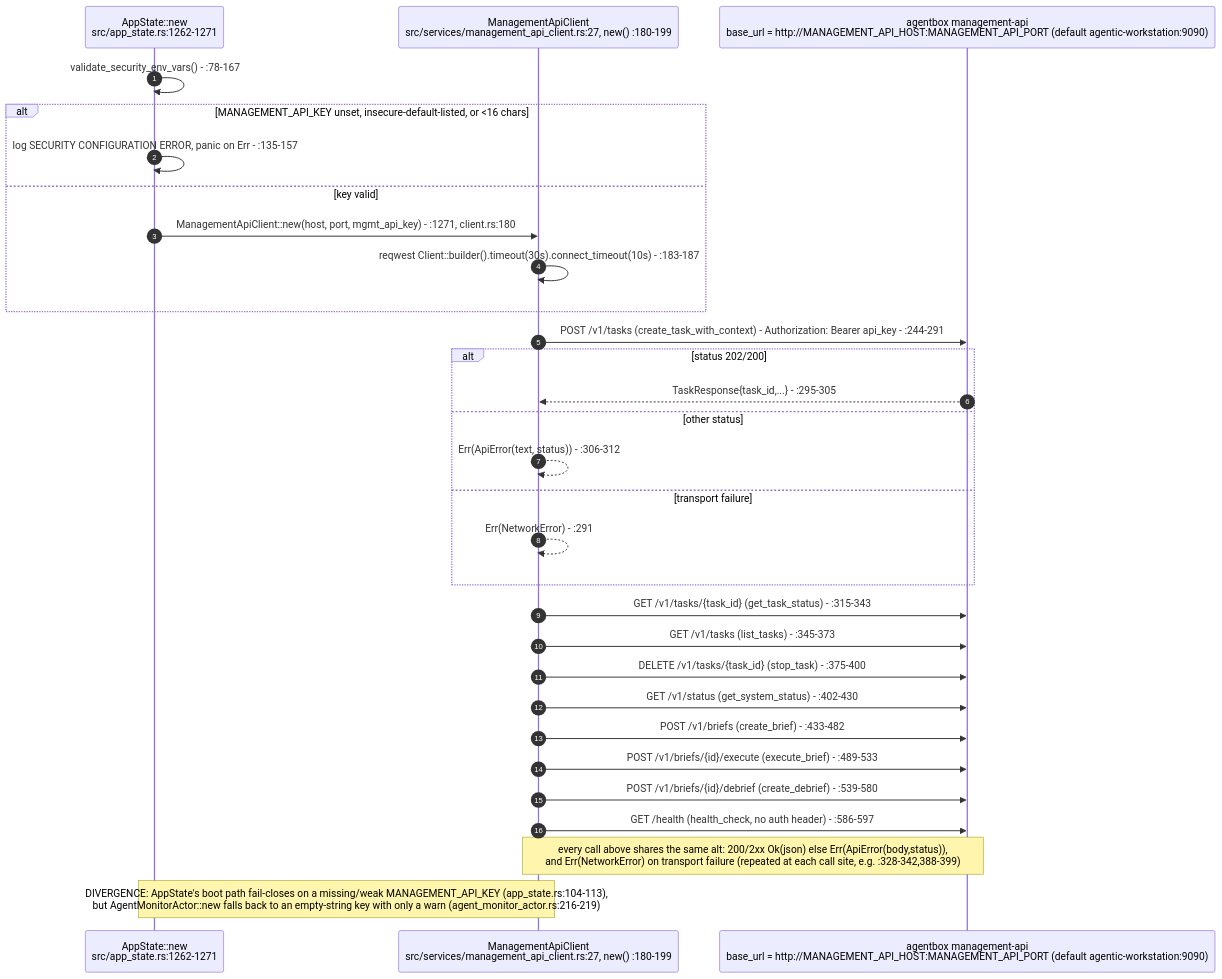
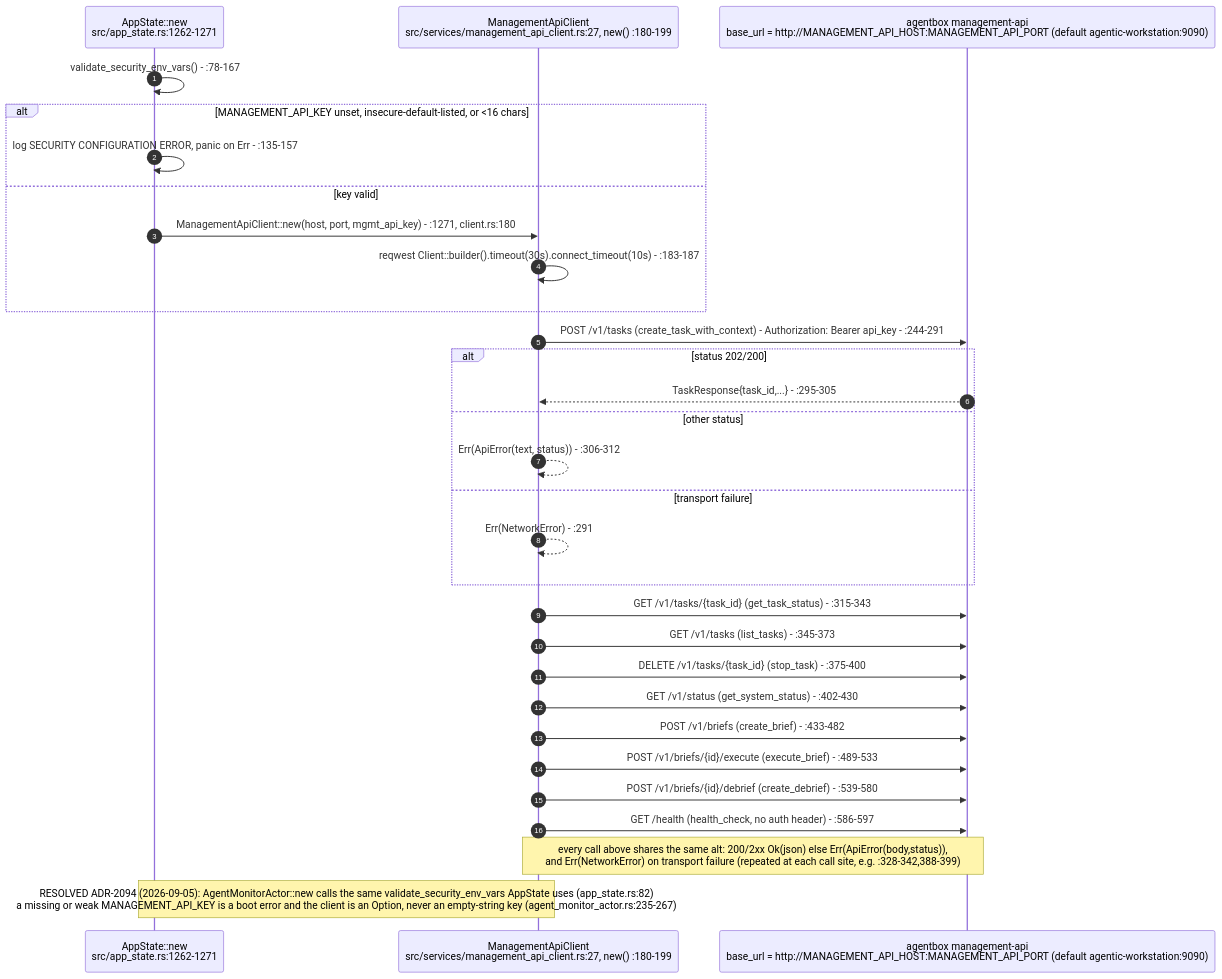
Before and after one commit to DreamLab-AI/AR-AI-Knowledge-Graph: the ninth of 13 diagrams in docs/diagrams/visionclaw/27-agent-integration-mcp-relay.md, drawn with Mermaid. The commit also changed other lines of this file and 172 other files, not shown here.

````diff
--- a/docs/diagrams/visionclaw/27-agent-integration-mcp-relay.md
+++ b/docs/diagrams/visionclaw/27-agent-integration-mcp-relay.md
@@ -402,35 +403,35 @@
 ```mermaid
 sequenceDiagram
     autonumber
     participant Boot as AppState::new<br/>src/app_state.rs:1262-1271
     participant MAC as ManagementApiClient<br/>src/services/management_api_client.rs:27, new() :180-199
     participant API as agentbox management-api<br/>base_url = http://MANAGEMENT_API_HOST:MANAGEMENT_API_PORT (default agentic-workstation:9090)
 
     Boot->>Boot: validate_security_env_vars() - :78-167
     alt MANAGEMENT_API_KEY unset, insecure-default-listed, or <16 chars
         Boot->>Boot: log SECURITY CONFIGURATION ERROR, panic on Err - :135-157
     else key valid
         Boot->>MAC: ManagementApiClient::new(host, port, mgmt_api_key) - :1271, client.rs:180
         MAC->>MAC: reqwest Client::builder().timeout(30s).connect_timeout(10s) - :183-187
     end
 
     MAC->>API: POST /v1/tasks (create_task_with_context) - Authorization: Bearer api_key - :244-291
     alt status 202/200
         API-->>MAC: TaskResponse{task_id,...} - :295-305
     else other status
         MAC-->>MAC: Err(ApiError(text, status)) - :306-312
     else transport failure
         MAC-->>MAC: Err(NetworkError) - :291
     end
 
     MAC->>API: GET /v1/tasks/{task_id} (get_task_status) - :315-343
     MAC->>API: GET /v1/tasks (list_tasks) - :345-373
     MAC->>API: DELETE /v1/tasks/{task_id} (stop_task) - :375-400
     MAC->>API: GET /v1/status (get_system_status) - :402-430
     MAC->>API: POST /v1/briefs (create_brief) - :433-482
     MAC->>API: POST /v1/briefs/{id}/execute (execute_brief) - :489-533
     MAC->>API: POST /v1/briefs/{id}/debrief (create_debrief) - :539-580
     MAC->>API: GET /health (health_check, no auth header) - :586-597
     Note over MAC,API: every call above shares the same alt: 200/2xx Ok(json) else Err(ApiError(body,status)),<br/>and Err(NetworkError) on transport failure (repeated at each call site, e.g. :328-342,388-399)
-    Note over Boot,MAC: DIVERGENCE: AppState's boot path fail-closes on a missing/weak MANAGEMENT_API_KEY (app_state.rs:104-113),<br/>but AgentMonitorActor::new falls back to an empty-string key with only a warn (agent_monitor_actor.rs:216-219)
+    Note over Boot,MAC: RESOLVED ADR-2094 (2026-09-05): AgentMonitorActor::new calls the same validate_security_env_vars AppState uses (app_state.rs:82)<br/>a missing or weak MANAGEMENT_API_KEY is a boot error and the client is an Option, never an empty-string key (agent_monitor_actor.rs:235-267)
 ```
````
